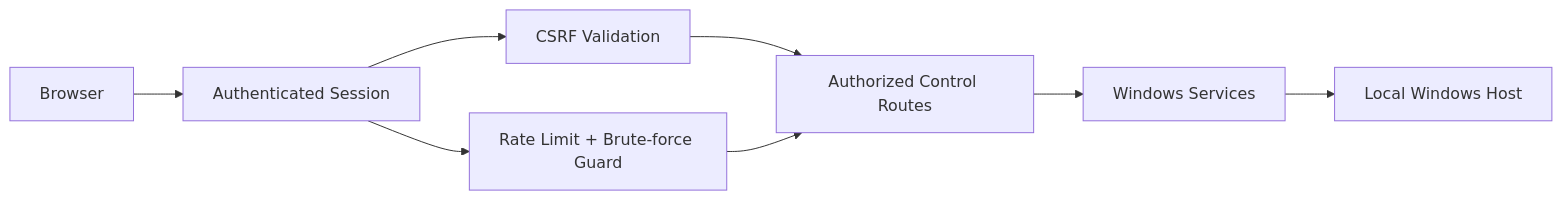
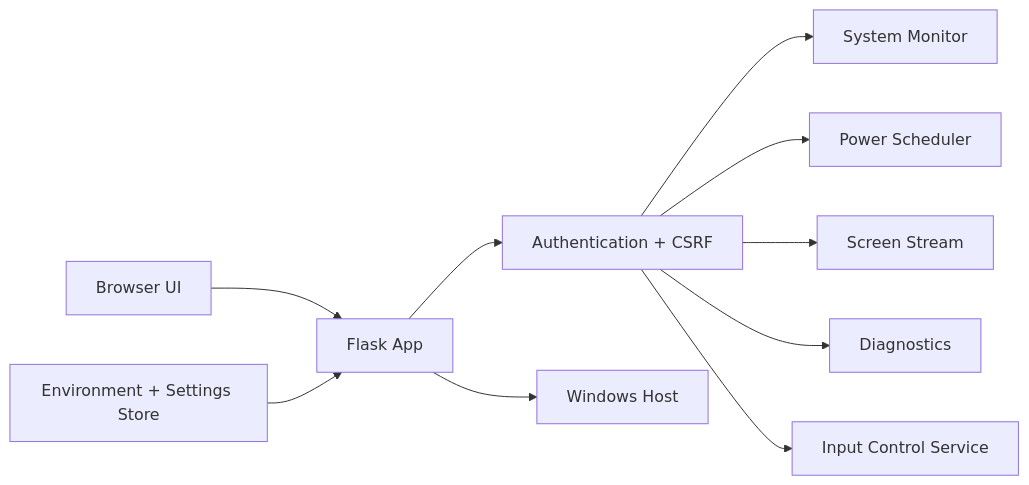
The first of 2 diagrams in README.md (Danial-Zolfaghari/DZ-Operations-Console), drawn with Mermaid before and after one commit. The commit also changed other lines of this file and 27 other files, not shown here.

````diff
--- a/README.md
+++ b/README.md
@@ -22,10 +25,12 @@
 ```mermaid
 flowchart LR
-  Browser --> Login[Authenticated Session]
-  Login --> CSRF[CSRF Validation]
-  Login --> Guard[Rate Limit + Brute-force Guard]
-  CSRF --> Routes[Authorized Control Routes]
-  Guard --> Routes
-  Routes --> Services[Windows Services]
-  Services --> Host[Local Windows Host]
+    B[Browser UI] --> F[Flask App]
+    F --> AUTH[Authentication + CSRF]
+    AUTH --> MON[System Monitor]
+    AUTH --> PWR[Power Scheduler]
+    AUTH --> SCR[Screen Stream]
+    AUTH --> DIAG[Diagnostics]
+    AUTH --> INPUT[Input Control Service]
+    CFG[Environment + Settings Store] --> F
+    F --> WIN[Windows Host]
 ```
````
